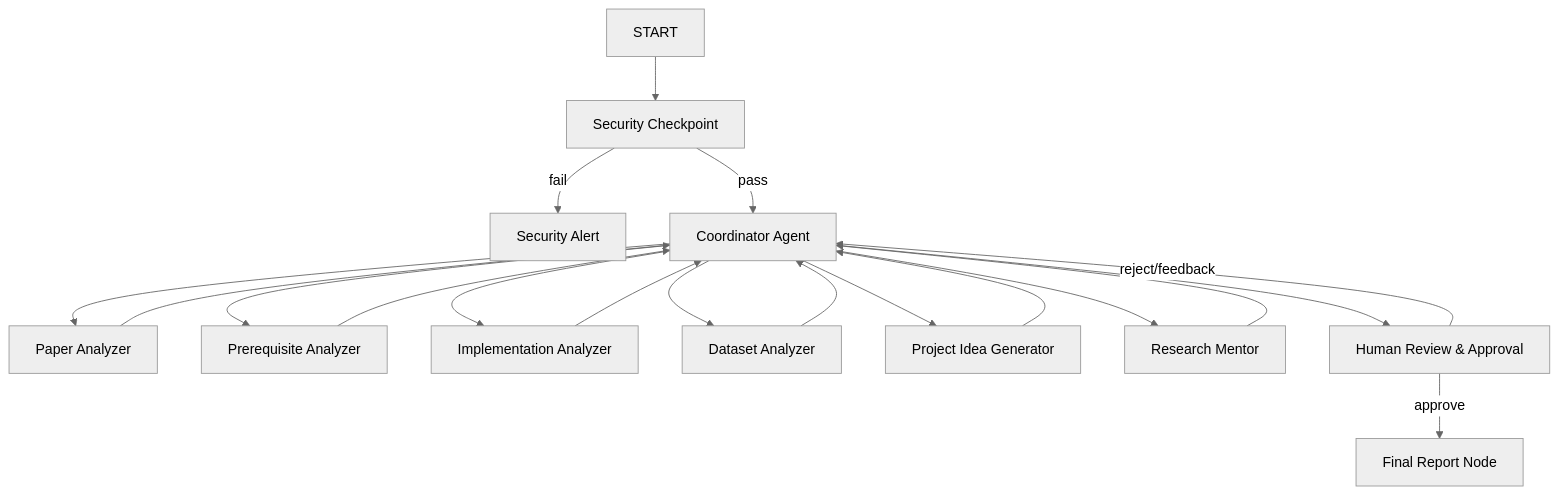
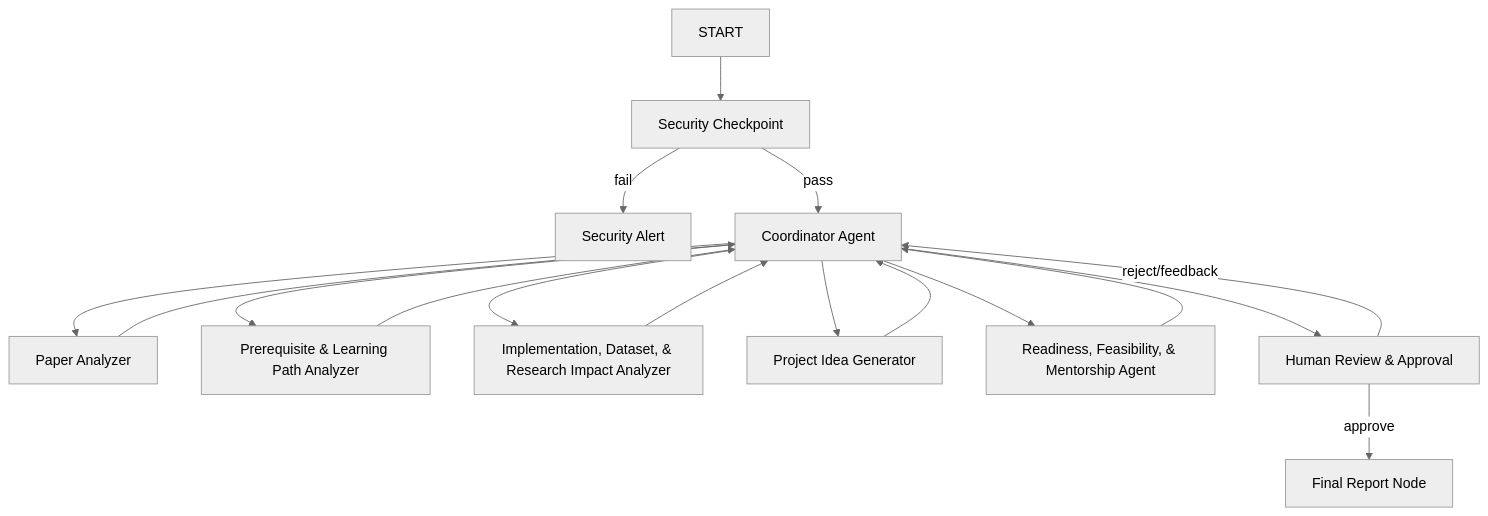
One commit to zuhafa/research-navigator changed the diagram in README.md. Above: the diagram before and after it, drawn with Mermaid (neutral theme). The commit also changed other lines of this file and 3 other files, not shown here.

````diff
--- a/README.md
+++ b/README.md
@@ -9,24 +9,22 @@
 ```mermaid
 graph TD
     START --> SecurityCheck[Security Checkpoint]
     SecurityCheck -- fail --> Alert[Security Alert]
     SecurityCheck -- pass --> Orchestrator[Coordinator Agent]
     
     Orchestrator --> PaperAgent[Paper Analyzer]
-    Orchestrator --> PrereqAgent[Prerequisite Analyzer]
-    Orchestrator --> ImplAgent[Implementation Analyzer]
-    Orchestrator --> DatasetAgent[Dataset Analyzer]
+    Orchestrator --> PrereqPathAgent[Prerequisite & Learning Path Analyzer]
+    Orchestrator --> ImplDatasetImpactAgent[Implementation, Dataset, & Research Impact Analyzer]
     Orchestrator --> ProjectAgent[Project Idea Generator]
-    Orchestrator --> MentorAgent[Research Mentor]
+    Orchestrator --> ReadinessMentorAgent[Readiness, Feasibility, & Mentorship Agent]
     
     PaperAgent --> Orchestrator
-    PrereqAgent --> Orchestrator
-    ImplAgent --> Orchestrator
-    DatasetAgent --> Orchestrator
+    PrereqPathAgent --> Orchestrator
+    ImplDatasetImpactAgent --> Orchestrator
     ProjectAgent --> Orchestrator
-    MentorAgent --> Orchestrator
+    ReadinessMentorAgent --> Orchestrator
     
     Orchestrator --> HumanReview[Human Review & Approval]
     HumanReview -- reject/feedback --> Orchestrator
     HumanReview -- approve --> FinalReport[Final Report Node]
 ```
````
